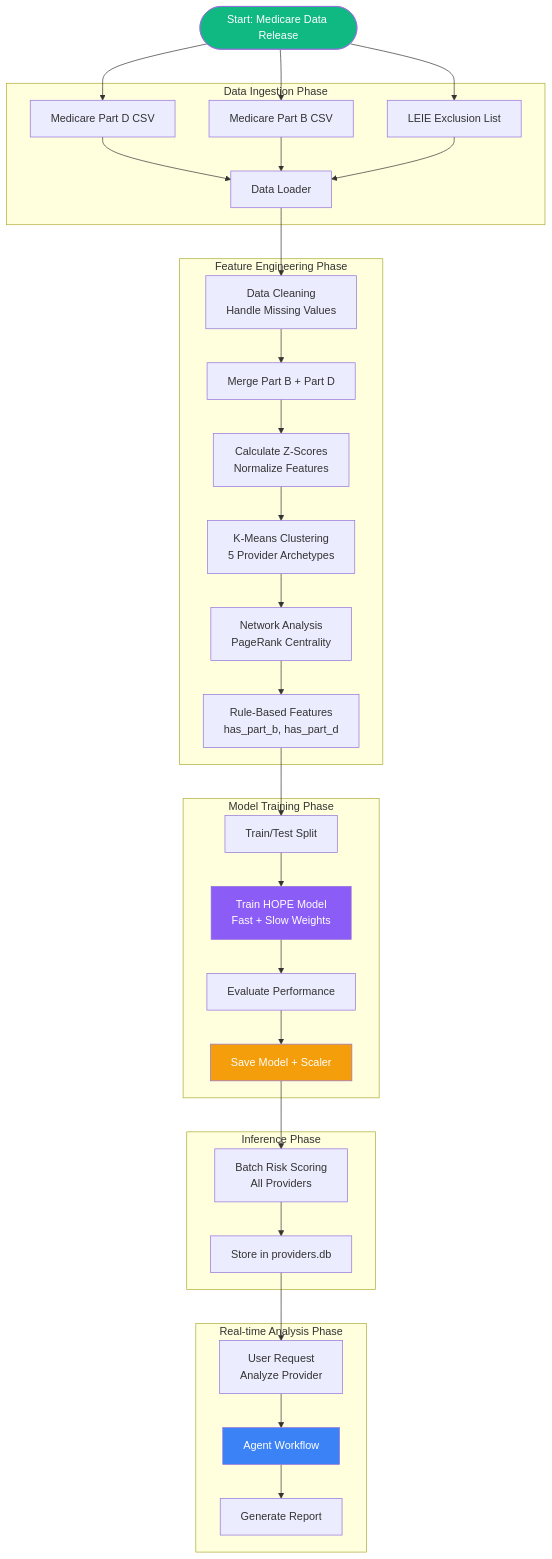
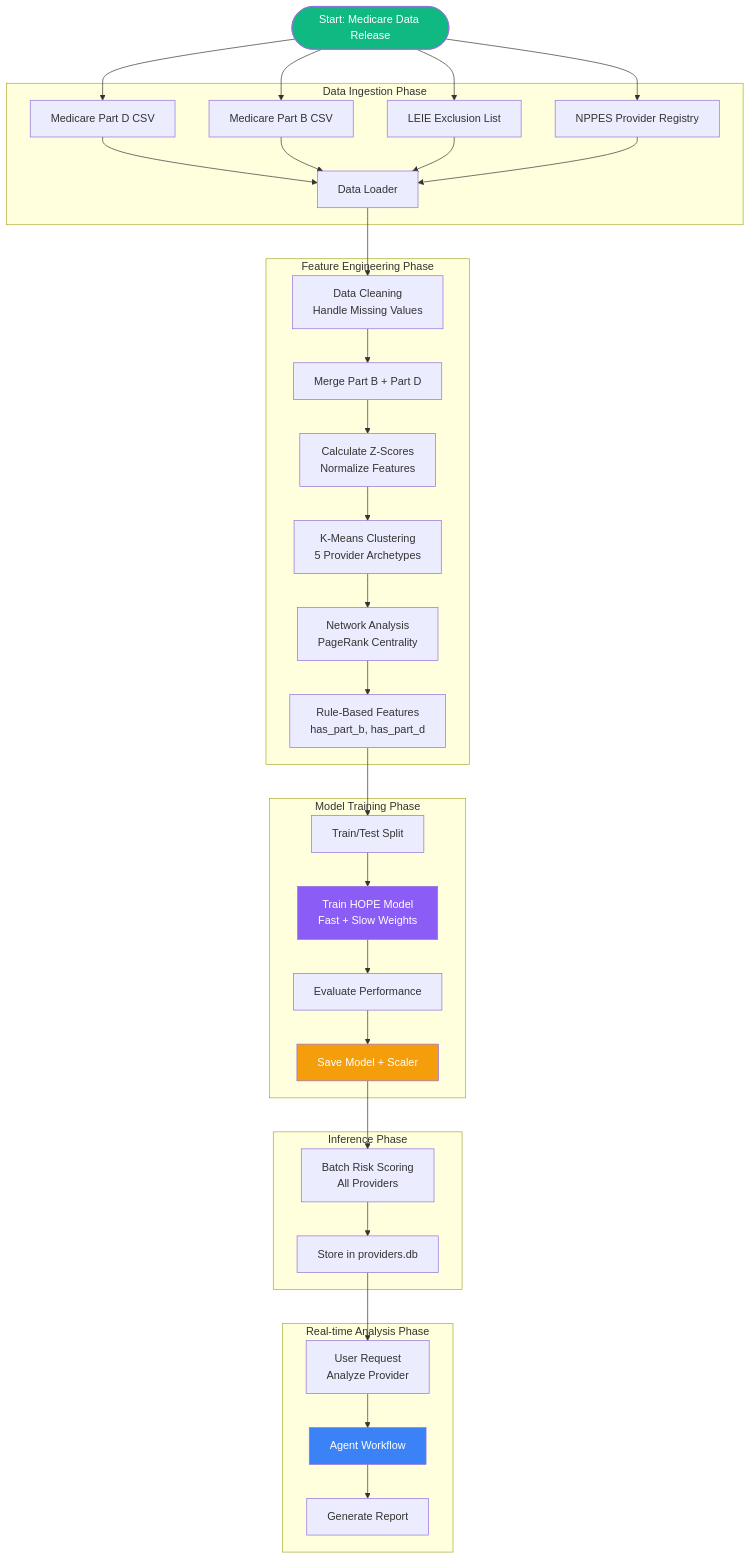
The fifth of 17 diagrams in docs/Healthcare_FraudGuard_Documentation_v2.md (UCKalyan/HealthCareFraudDetection), drawn with Mermaid before and after one commit. The commit also changed other lines of this file, not shown here.

Commit message:
Add NPPES dataset to documentation diagrams and data sources

````diff
--- a/docs/Healthcare_FraudGuard_Documentation_v2.md
+++ b/docs/Healthcare_FraudGuard_Documentation_v2.md
@@ -962,61 +976,62 @@
 ```mermaid
 flowchart TB
     START([Start: Medicare Data Release])
     
     subgraph "Data Ingestion Phase"
         CSV1[Medicare Part D CSV]
         CSV2[Medicare Part B CSV]
         CSV3[LEIE Exclusion List]
+        CSV4[NPPES Provider Registry]
         LOAD[Data Loader]
     end
     
     subgraph "Feature Engineering Phase"
         CLEAN[Data Cleaning<br/>Handle Missing Values]
         MERGE[Merge Part B + Part D]
         FEAT1[Calculate Z-Scores<br/>Normalize Features]
         FEAT2[K-Means Clustering<br/>5 Provider Archetypes]
         FEAT3[Network Analysis<br/>PageRank Centrality]
         FEAT4[Rule-Based Features<br/>has_part_b, has_part_d]
     end
     
     subgraph "Model Training Phase"
         SPLIT[Train/Test Split]
         TRAIN[Train HOPE Model<br/>Fast + Slow Weights]
         EVAL[Evaluate Performance]
         SAVE[Save Model + Scaler]
     end
     
     subgraph "Inference Phase"
         BATCH[Batch Risk Scoring<br/>All Providers]
         STORE[Store in providers.db]
     end
     
     subgraph "Real-time Analysis Phase"
         DASH[User Request<br/>Analyze Provider]
         AGENT[Agent Workflow]
         REPORT[Generate Report]
     end
     
-    START --> CSV1 & CSV2 & CSV3
-    CSV1 & CSV2 & CSV3 --> LOAD
+    START --> CSV1 & CSV2 & CSV3 & CSV4
+    CSV1 & CSV2 & CSV3 & CSV4 --> LOAD
     LOAD --> CLEAN
     CLEAN --> MERGE
     MERGE --> FEAT1
     FEAT1 --> FEAT2
     FEAT2 --> FEAT3
     FEAT3 --> FEAT4
     FEAT4 --> SPLIT
     SPLIT --> TRAIN
     TRAIN --> EVAL
     EVAL --> SAVE
     SAVE --> BATCH
     BATCH --> STORE
     STORE --> DASH
     DASH --> AGENT
     AGENT --> REPORT
     
     style START fill:#10b981,color:#fff
     style TRAIN fill:#8b5cf6,color:#fff
     style SAVE fill:#f59e0b,color:#fff
     style AGENT fill:#3b82f6,color:#fff
 ```
````
